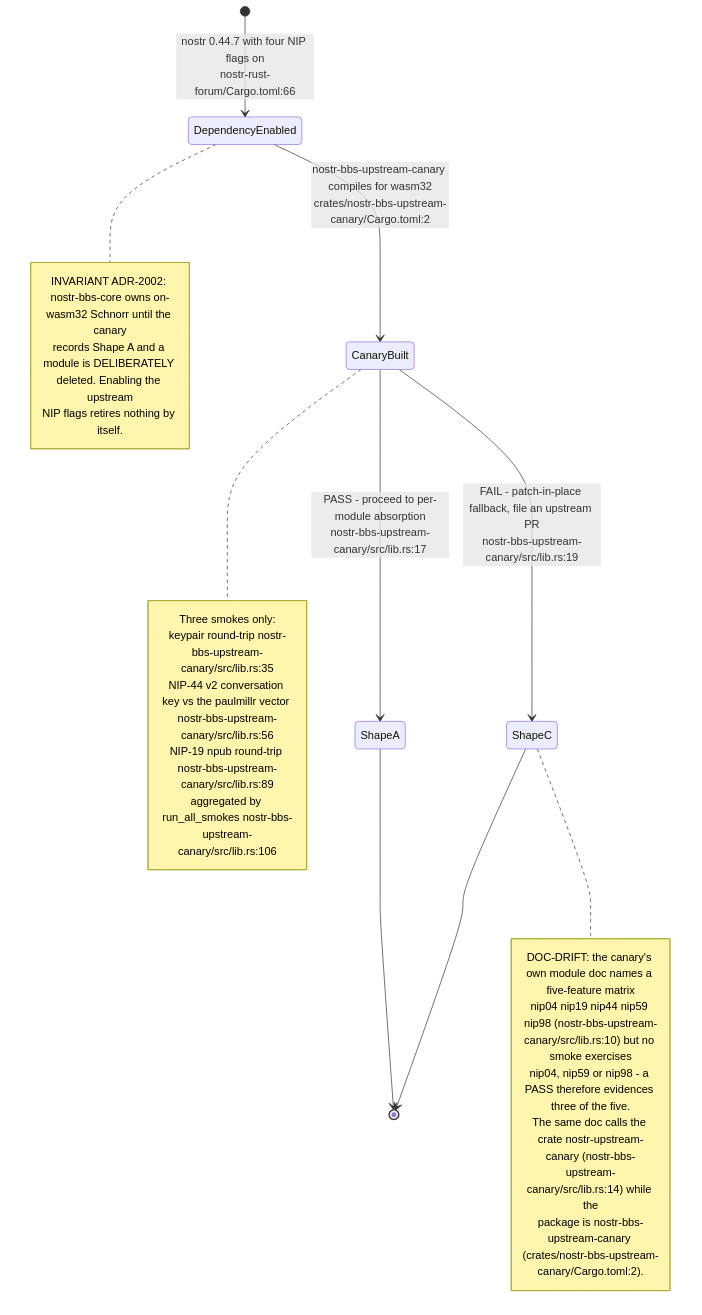
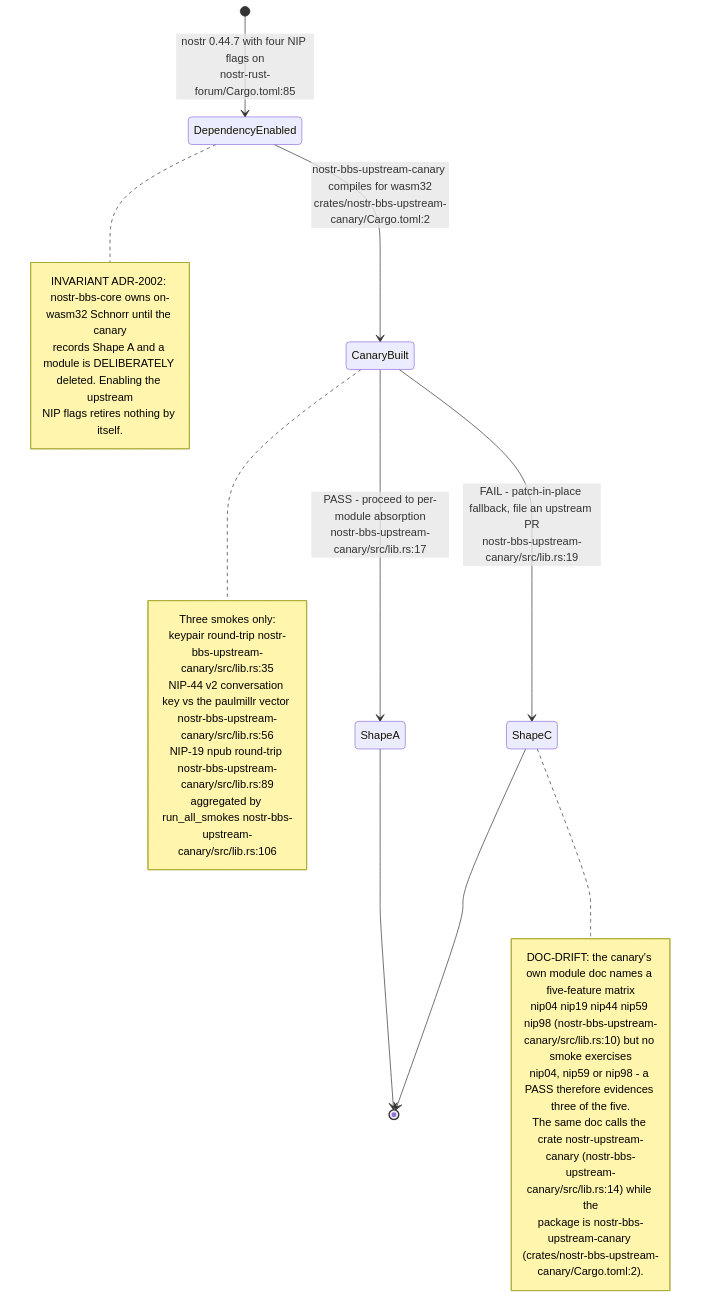
The fifth of 6 diagrams in docs/diagrams/nostr-rust-forum/01-workspace-and-worker-topology.md (DreamLab-AI/VisionFlow), drawn with Mermaid before and after one commit. The commit also changed other lines of this file and 160 other files, not shown here.

````diff
--- a/docs/diagrams/nostr-rust-forum/01-workspace-and-worker-topology.md
+++ b/docs/diagrams/nostr-rust-forum/01-workspace-and-worker-topology.md
@@ -171,29 +181,29 @@
 ```mermaid
 stateDiagram-v2
-    [*] --> DependencyEnabled: nostr 0.44.7 with four NIP flags on<br/>nostr-rust-forum/Cargo.toml:66
+    [*] --> DependencyEnabled: nostr 0.44.7 with four NIP flags on<br/>nostr-rust-forum/Cargo.toml:85
     DependencyEnabled --> CanaryBuilt: nostr-bbs-upstream-canary compiles for wasm32<br/>crates/nostr-bbs-upstream-canary/Cargo.toml:2
     CanaryBuilt --> ShapeA: PASS - proceed to per-module absorption<br/>nostr-bbs-upstream-canary/src/lib.rs:17
     CanaryBuilt --> ShapeC: FAIL - patch-in-place fallback, file an upstream PR<br/>nostr-bbs-upstream-canary/src/lib.rs:19
     ShapeA --> [*]
     ShapeC --> [*]
 
     note right of CanaryBuilt
         Three smokes only:
         keypair round-trip nostr-bbs-upstream-canary/src/lib.rs:35
         NIP-44 v2 conversation key vs the paulmillr vector nostr-bbs-upstream-canary/src/lib.rs:56
         NIP-19 npub round-trip nostr-bbs-upstream-canary/src/lib.rs:89
         aggregated by run_all_smokes nostr-bbs-upstream-canary/src/lib.rs:106
     end note
     note right of DependencyEnabled
         INVARIANT ADR-2002: nostr-bbs-core owns on-wasm32 Schnorr until the canary
         records Shape A and a module is DELIBERATELY deleted. Enabling the upstream
         NIP flags retires nothing by itself.
     end note
     note right of ShapeC
         DOC-DRIFT: the canary's own module doc names a five-feature matrix
         nip04 nip19 nip44 nip59 nip98 (nostr-bbs-upstream-canary/src/lib.rs:10) but no smoke exercises
         nip04, nip59 or nip98 - a PASS therefore evidences three of the five.
         The same doc calls the crate nostr-upstream-canary (nostr-bbs-upstream-canary/src/lib.rs:14) while the
         package is nostr-bbs-upstream-canary (crates/nostr-bbs-upstream-canary/Cargo.toml:2).
     end note
 ```
````
